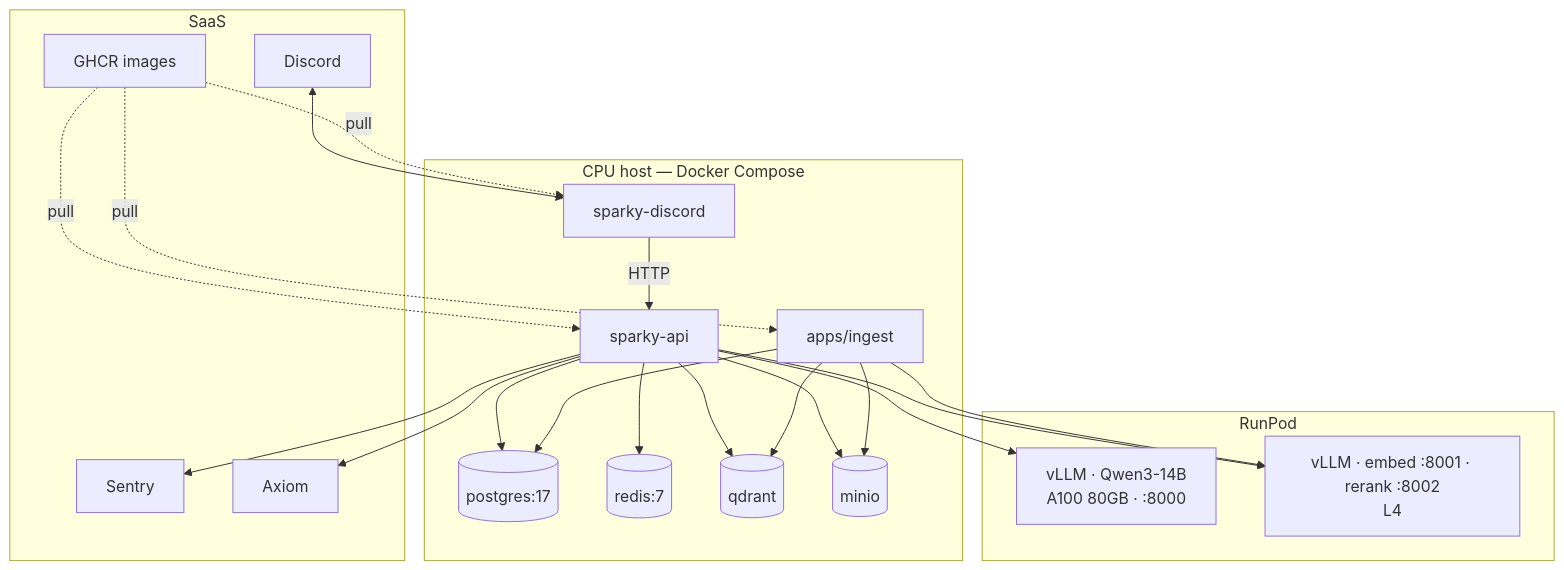
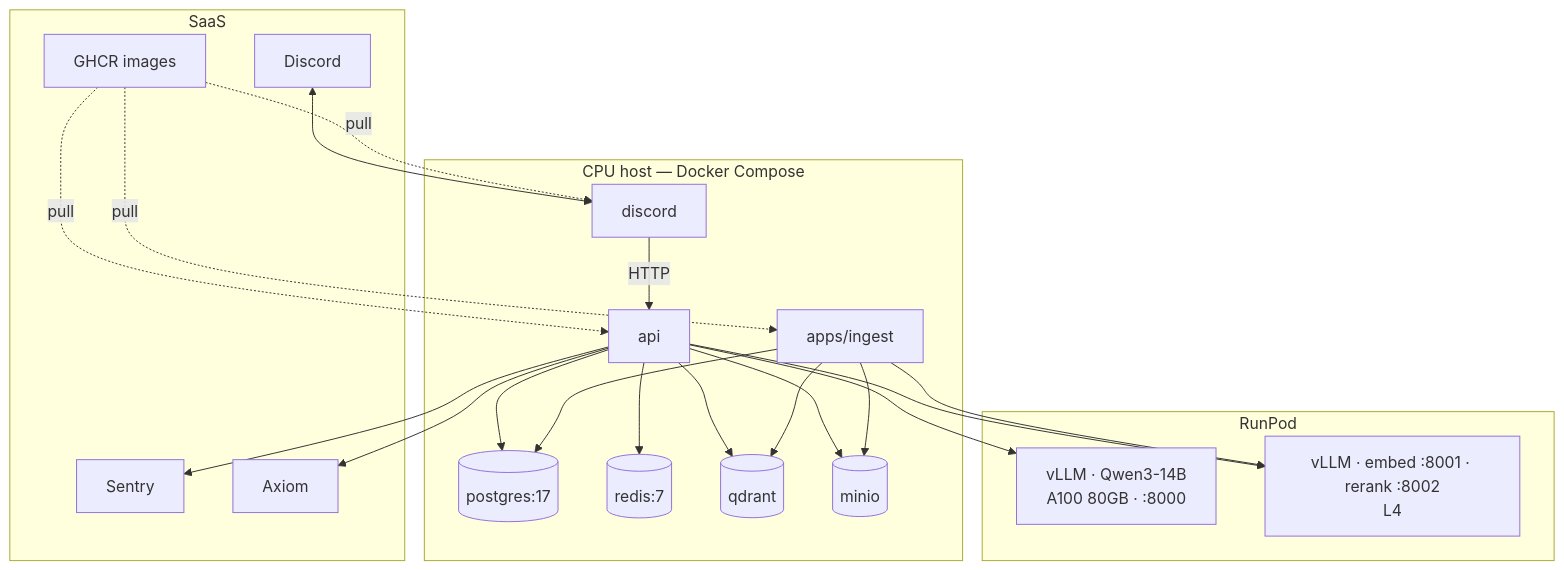
Before and after one commit to ashworks1706/SparkyAI: the ninth of 9 diagrams in docs/ARCHITECTURE.md, drawn with Mermaid. The commit also changed other lines of this file and 76 other files, not shown here.

First line of the commit message:
Fold crates into apps/api modules; apps/inference; binaries api and discord

````diff
--- a/docs/ARCHITECTURE.md
+++ b/docs/ARCHITECTURE.md
@@ -395,27 +394,27 @@
 ```mermaid
 flowchart TB
     subgraph host [CPU host — Docker Compose]
-        BOT[sparky-discord]
-        APP[sparky-api]
+        BOT[discord]
+        APP[api]
         ING[apps/ingest]
         PG[(postgres:17)]
         RD[(redis:7)]
         QD[(qdrant)]
         MN[(minio)]
     end
     subgraph runpod [RunPod]
         V1[vLLM · Qwen3-14B<br/>A100 80GB · :8000]
         V2[vLLM · embed :8001 · rerank :8002<br/>L4]
     end
     subgraph saas [SaaS]
         DC[Discord]
         SE[Sentry]
         AX[Axiom]
         GH[GHCR images]
     end
     DC <--> BOT
     BOT -->|HTTP| APP
     APP --> V1 & V2 & PG & RD & QD & MN & SE & AX
     ING --> V2 & PG & QD & MN
     GH -.->|pull| BOT & APP & ING
 ```
````
